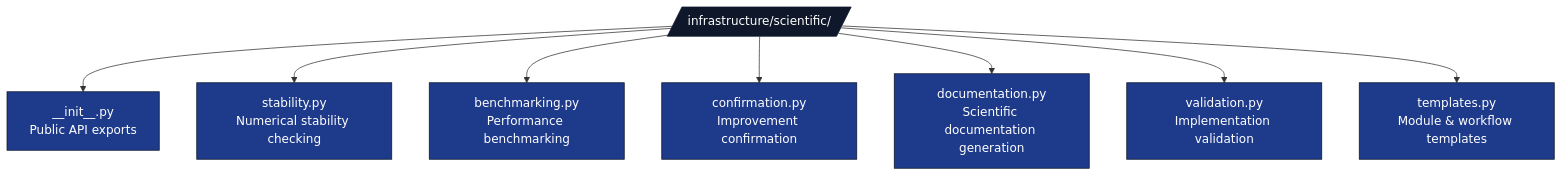
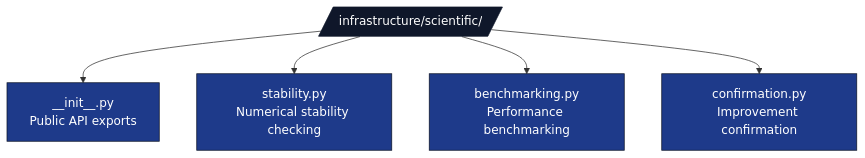
Before and after one commit to docxology/template: the diagram in infrastructure/scientific/AGENTS.md, drawn with Mermaid. The commit also changed other lines of this file and 33 other files, not shown here.

````diff
--- a/infrastructure/scientific/AGENTS.md
+++ b/infrastructure/scientific/AGENTS.md
@@ -13,16 +15,13 @@
 ```mermaid
 flowchart TB
     SCI[/infrastructure/scientific//]
     SCI --> INIT[__init__.py<br/>Public API exports]
     SCI --> STAB[stability.py<br/>Numerical stability checking]
     SCI --> BEN[benchmarking.py<br/>Performance benchmarking]
     SCI --> CONF[confirmation.py<br/>Improvement confirmation]
-    SCI --> DOC[documentation.py<br/>Scientific documentation generation]
-    SCI --> VAL[validation.py<br/>Implementation validation]
-    SCI --> TPL[templates.py<br/>Module &amp; workflow templates]
 
     classDef d fill:#0f172a,stroke:#0f172a,color:#fff
     classDef f fill:#1e3a8a,stroke:#0f172a,color:#fff
     class SCI d
-    class INIT,STAB,BEN,CONF,DOC,VAL,TPL f
+    class INIT,STAB,BEN,CONF f
 ```
````
